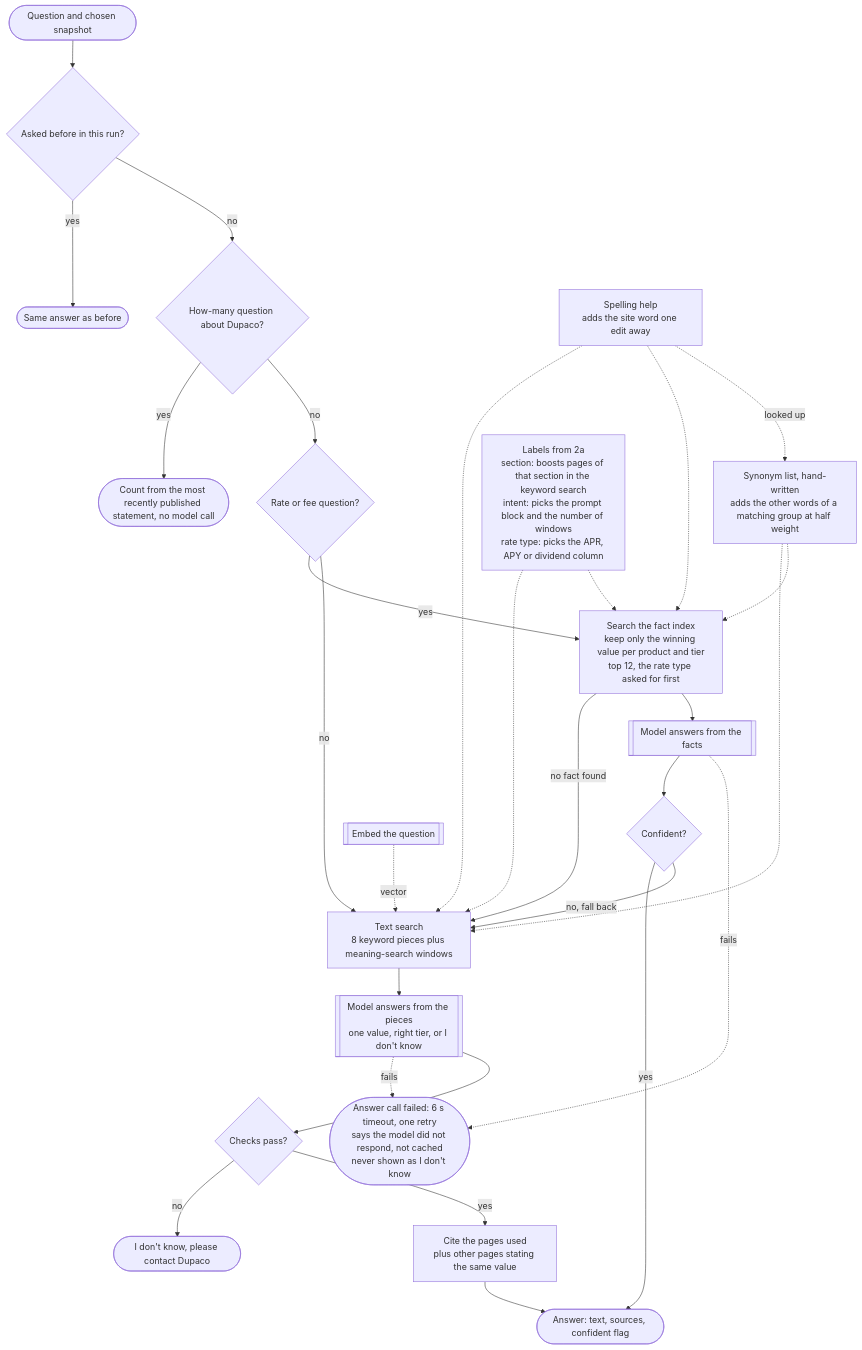
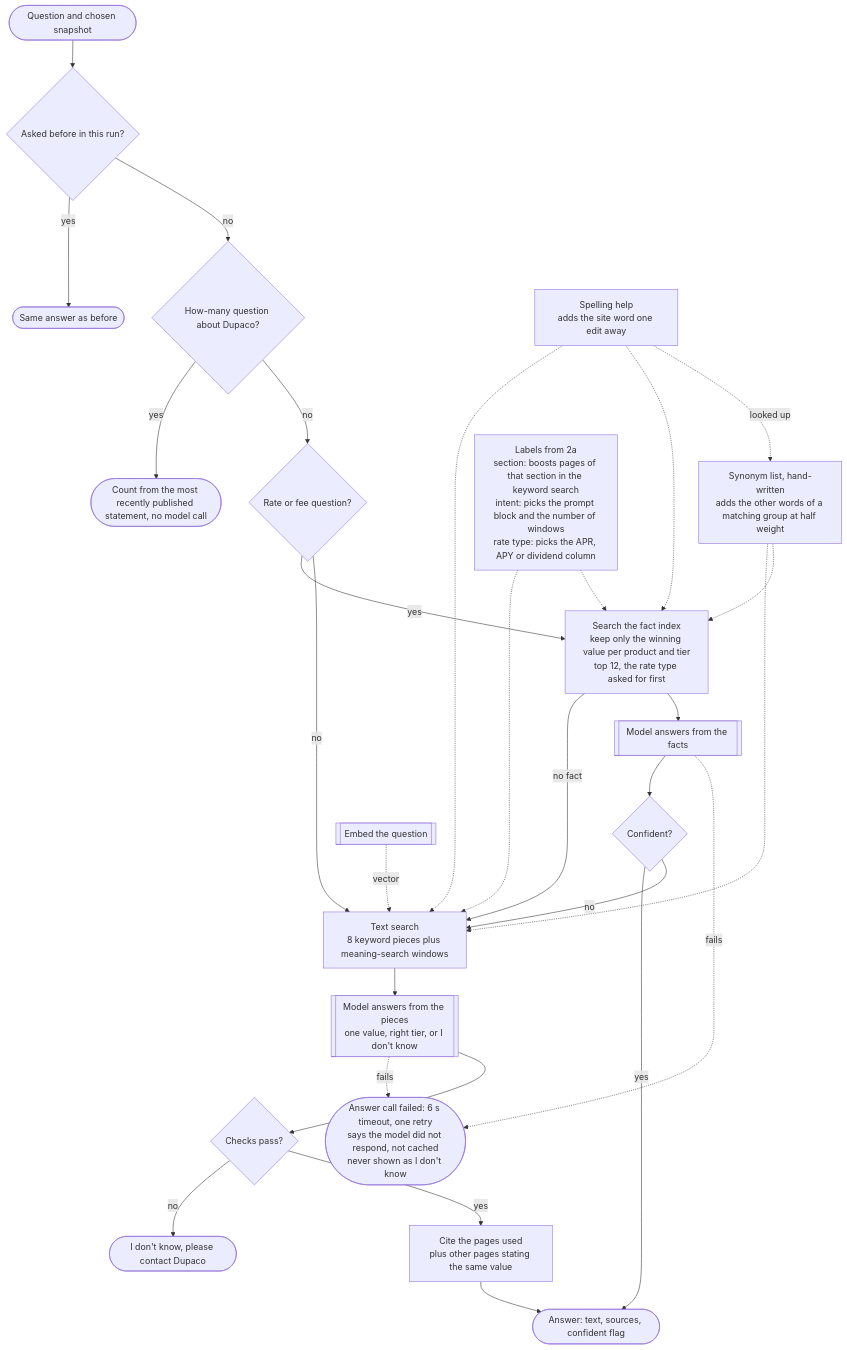
One commit to ajayp/interface-submission changed the third of 4 diagrams in workflow.md. Above: the diagram before and after it, drawn with Mermaid. The commit also changed other lines of this file and 1 other file, not shown here.

First line of the commit message:
Docs: shorten remaining Mermaid edge labels in workflow.md and README.md

````diff
--- a/workflow.md
+++ b/workflow.md
@@ -77,32 +77,32 @@
 ```mermaid
 flowchart TD
     START([Question and chosen snapshot]) --> CACHE{Asked before in this run?}
     CACHE -- yes --> SAME([Same answer as before])
     CACHE -- no --> CNT{How-many question about Dupaco?}
     CNT -- yes --> CNTA([Count from the most recently published statement, no model call])
     CNT -- no --> VAL{Rate or fee question?}
 
     VAL -- yes --> FH[Search the fact index<br/>keep only the winning value per product and tier<br/>top 12, the rate type asked for first]
-    FH -- no fact found --> TXT
+    FH -- no fact --> TXT
     FH --> FANS[[Model answers from the facts]]
     FANS --> FOK{Confident?}
     FOK -- yes --> OUT
-    FOK -- no, fall back --> TXT
+    FOK -- no --> TXT
 
     VAL -- no --> TXT[Text search<br/>8 keyword pieces plus meaning-search windows]
     EMB[[Embed the question]] -.vector.-> TXT
     SP[Spelling help<br/>adds the site word one edit away] -.-> TXT
     SP -.-> FH
     SYN[Synonym list, hand-written<br/>adds the other words of a matching group at half weight] -.-> TXT
     SYN -.-> FH
     LBL[Labels from 2a<br/>section: boosts pages of that section in the keyword search<br/>intent: picks the prompt block and the number of windows<br/>rate type: picks the APR, APY or dividend column] -.-> TXT
     LBL -.-> FH
     SP -.looked up.-> SYN
     TXT --> TANS[[Model answers from the pieces<br/>one value, right tier, or I don't know]]
     FANS -. fails .-> ERR
     TANS -. fails .-> ERR([Answer call failed: 6 s timeout, one retry<br/>says the model did not respond, not cached<br/>never shown as I don't know])
     TANS --> CHECK{Checks pass?}
     CHECK -- no --> IDK2([I don't know, please contact Dupaco])
     CHECK -- yes --> CITE[Cite the pages used<br/>plus other pages stating the same value]
     CITE --> OUT([Answer: text, sources, confident flag])
 ```
````
